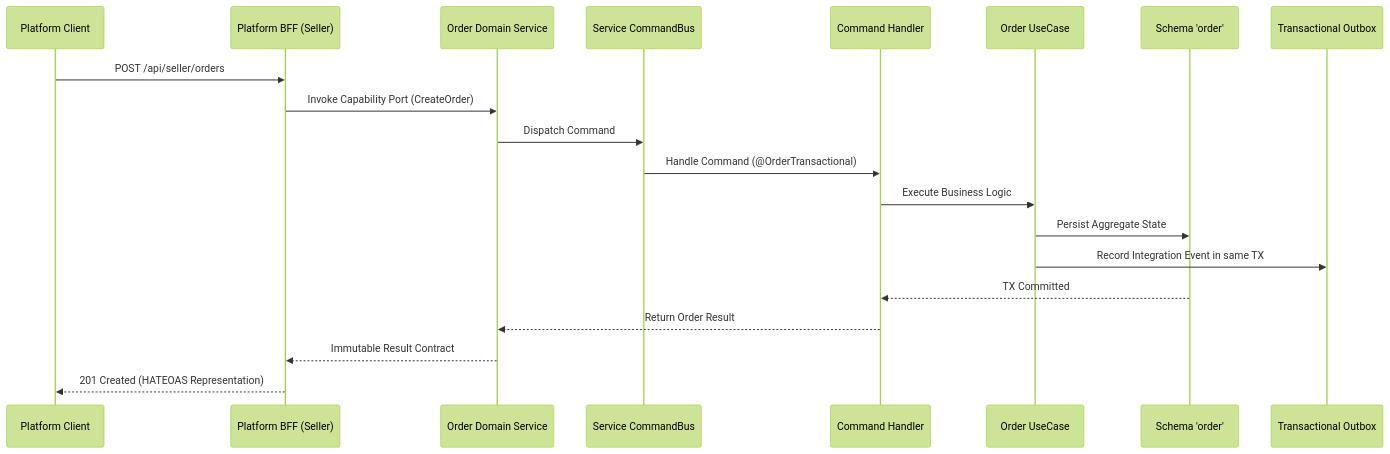
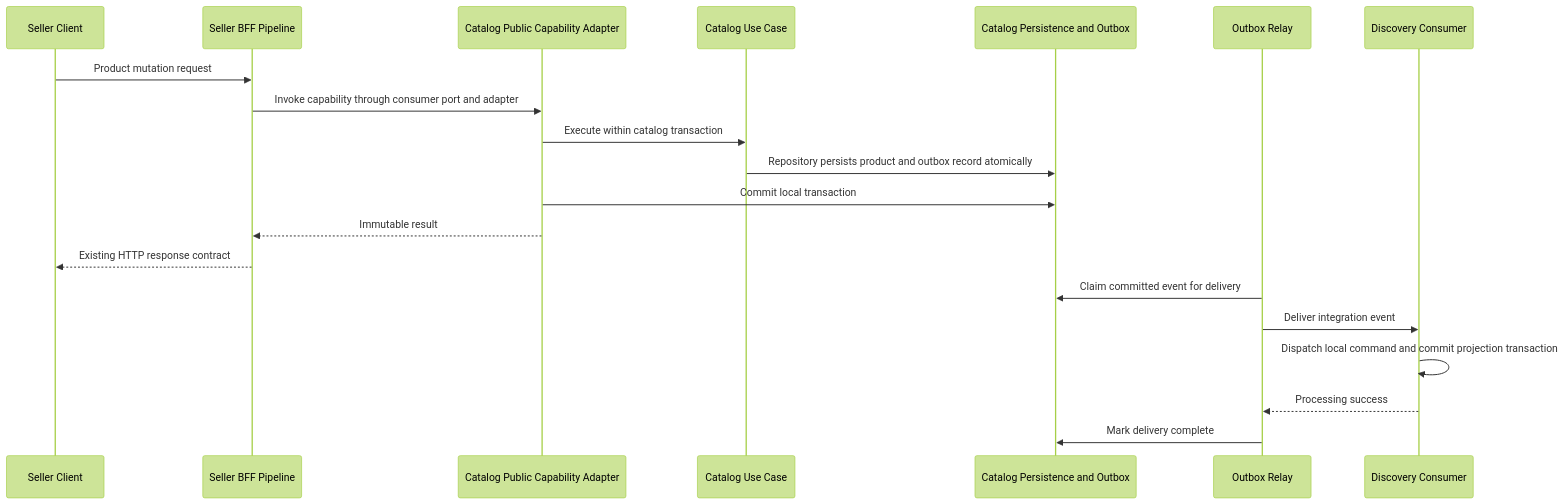
Before and after one commit to khinemyaezin/grab: the third of 3 diagrams in docs/system-design/002-ecommerce_service_architecture_system_design.md, drawn with Mermaid (forest theme). The commit also changed other lines of this file and 1 other file, not shown here.

Commit message:
feat: update outbox strategy to use a single shared outbox table per service group schema

````diff
--- a/docs/system-design/002-ecommerce_service_architecture_system_design.md
+++ b/docs/system-design/002-ecommerce_service_architecture_system_design.md
@@ -88,23 +94,23 @@
 ```mermaid
 sequenceDiagram
-    participant Client as Platform Client
-    participant BFF as Platform BFF (Seller)
-    participant OrderSvc as Order Domain Service
-    participant Bus as Service CommandBus
-    participant Handler as Command Handler
-    participant UseCase as Order UseCase
-    participant DB as Schema 'order'
-    participant Outbox as Transactional Outbox
+    participant Client as Seller Client
+    participant BFF as Seller BFF Pipeline
+    participant Provider as Catalog Public Capability Adapter
+    participant UseCase as Catalog Use Case
+    participant DB as Catalog Persistence and Outbox
+    participant Relay as Outbox Relay
+    participant Discovery as Discovery Consumer
 
-    Client->>BFF: POST /api/seller/orders
-    BFF->>OrderSvc: Invoke Capability Port (CreateOrder)
-    OrderSvc->>Bus: Dispatch Command
-    Bus->>Handler: Handle Command (@OrderTransactional)
-    Handler->>UseCase: Execute Business Logic
-    UseCase->>DB: Persist Aggregate State
-    UseCase->>Outbox: Record Integration Event in same TX
-    DB-->>Handler: TX Committed
-    Handler-->>OrderSvc: Return Order Result
-    OrderSvc-->>BFF: Immutable Result Contract
-    BFF-->>Client: 201 Created (HATEOAS Representation)
+    Client->>BFF: Product mutation request
+    BFF->>Provider: Invoke capability through consumer port and adapter
+    Provider->>UseCase: Execute within catalog transaction
+    UseCase->>DB: Repository persists product and outbox record atomically
+    Provider->>DB: Commit local transaction
+    Provider-->>BFF: Immutable result
+    BFF-->>Client: Existing HTTP response contract
+    Relay->>DB: Claim committed event for delivery
+    Relay->>Discovery: Deliver integration event
+    Discovery->>Discovery: Dispatch local command and commit projection transaction
+    Discovery-->>Relay: Processing success
+    Relay->>DB: Mark delivery complete
 ```
````
